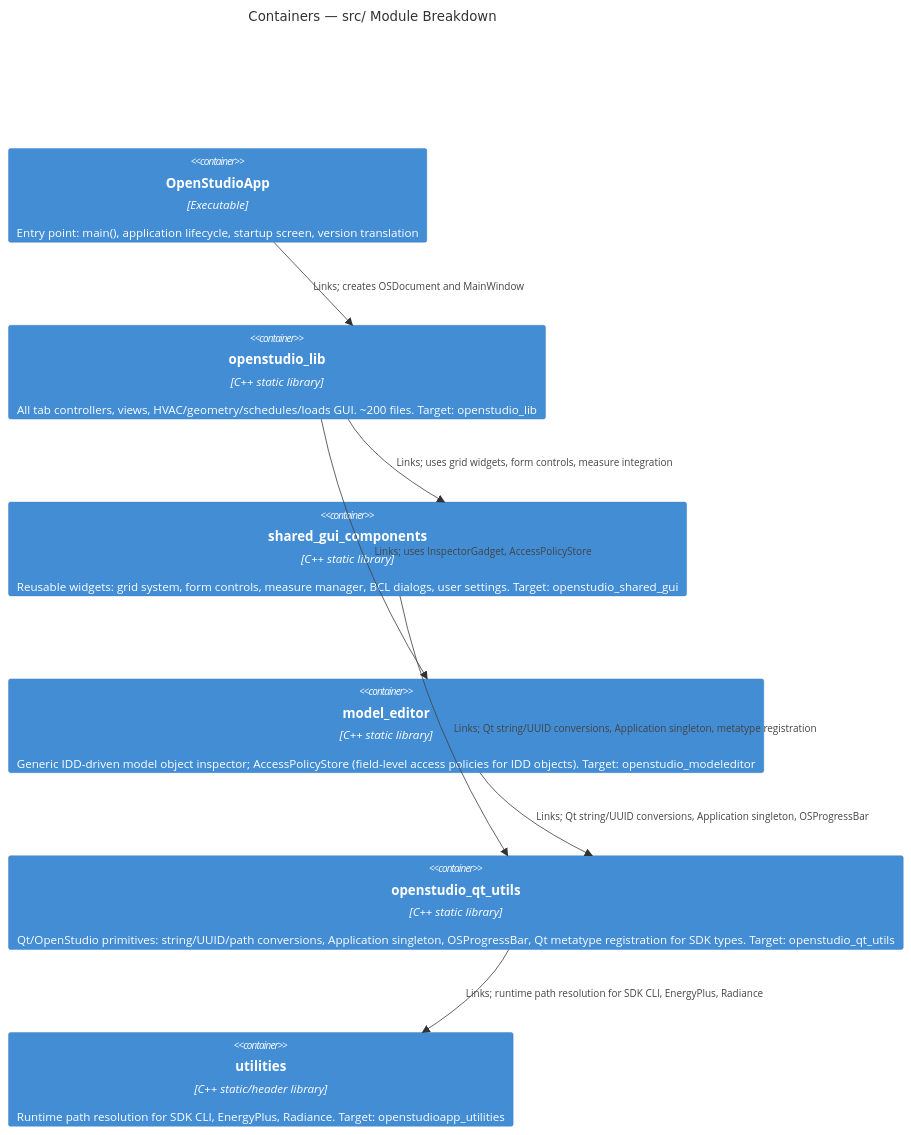
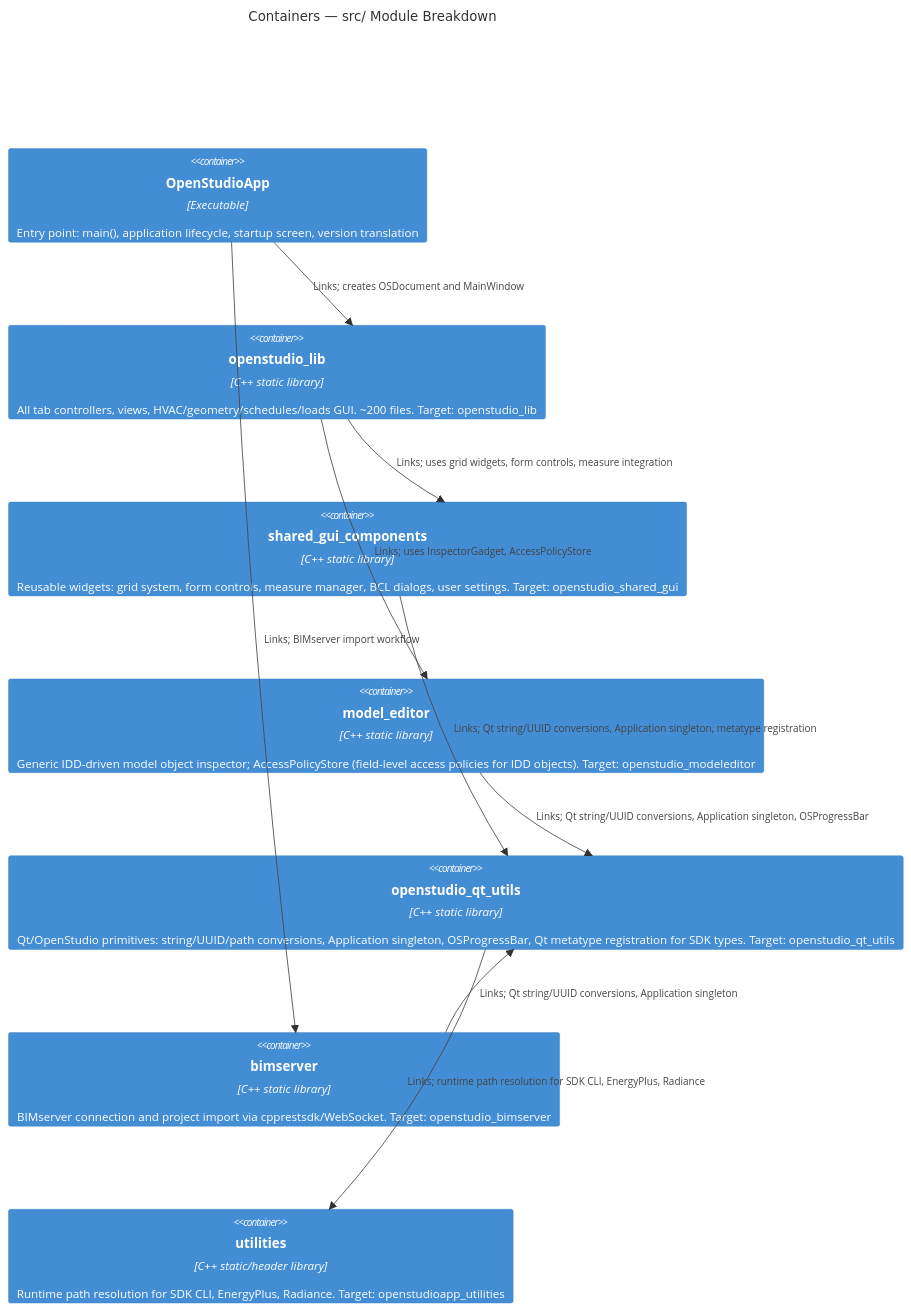
One commit to openstudiocoalition/OpenStudioApplication changed the second of 4 diagrams in developer/doc/architecture.md. Above: the diagram before and after it, drawn with Mermaid. The commit also changed other lines of this file and 4 other files, not shown here.

````diff
--- a/developer/doc/architecture.md
+++ b/developer/doc/architecture.md
@@ -62,18 +62,21 @@
 ```mermaid
 C4Container
   title Containers — src/ Module Breakdown
 
   Container(app_exe, "OpenStudioApp", "Executable", "Entry point: main(), application lifecycle, startup screen, version translation")
   Container(openstudio_lib, "openstudio_lib", "C++ static library", "All tab controllers, views, HVAC/geometry/schedules/loads GUI. ~200 files. Target: openstudio_lib")
   Container(shared_gui, "shared_gui_components", "C++ static library", "Reusable widgets: grid system, form controls, measure manager, BCL dialogs, user settings. Target: openstudio_shared_gui")
   Container(model_editor, "model_editor", "C++ static library", "Generic IDD-driven model object inspector; AccessPolicyStore (field-level access policies for IDD objects). Target: openstudio_modeleditor")
   Container(qt_utils, "openstudio_qt_utils", "C++ static library", "Qt/OpenStudio primitives: string/UUID/path conversions, Application singleton, OSProgressBar, Qt metatype registration for SDK types. Target: openstudio_qt_utils")
+  Container(bimserver, "bimserver", "C++ static library", "BIMserver connection and project import via cpprestsdk/WebSocket. Target: openstudio_bimserver")
   Container(utilities, "utilities", "C++ static/header library", "Runtime path resolution for SDK CLI, EnergyPlus, Radiance. Target: openstudioapp_utilities")
 
   Rel(app_exe, openstudio_lib, "Links; creates OSDocument and MainWindow")
+  Rel(app_exe, bimserver, "Links; BIMserver import workflow")
   Rel(openstudio_lib, shared_gui, "Links; uses grid widgets, form controls, measure integration")
   Rel(openstudio_lib, model_editor, "Links; uses InspectorGadget, AccessPolicyStore")
+  Rel(bimserver, qt_utils, "Links; Qt string/UUID conversions, Application singleton")
   Rel(shared_gui, qt_utils, "Links; Qt string/UUID conversions, Application singleton, metatype registration")
   Rel(model_editor, qt_utils, "Links; Qt string/UUID conversions, Application singleton, OSProgressBar")
   Rel(qt_utils, utilities, "Links; runtime path resolution for SDK CLI, EnergyPlus, Radiance")
 ```
````
